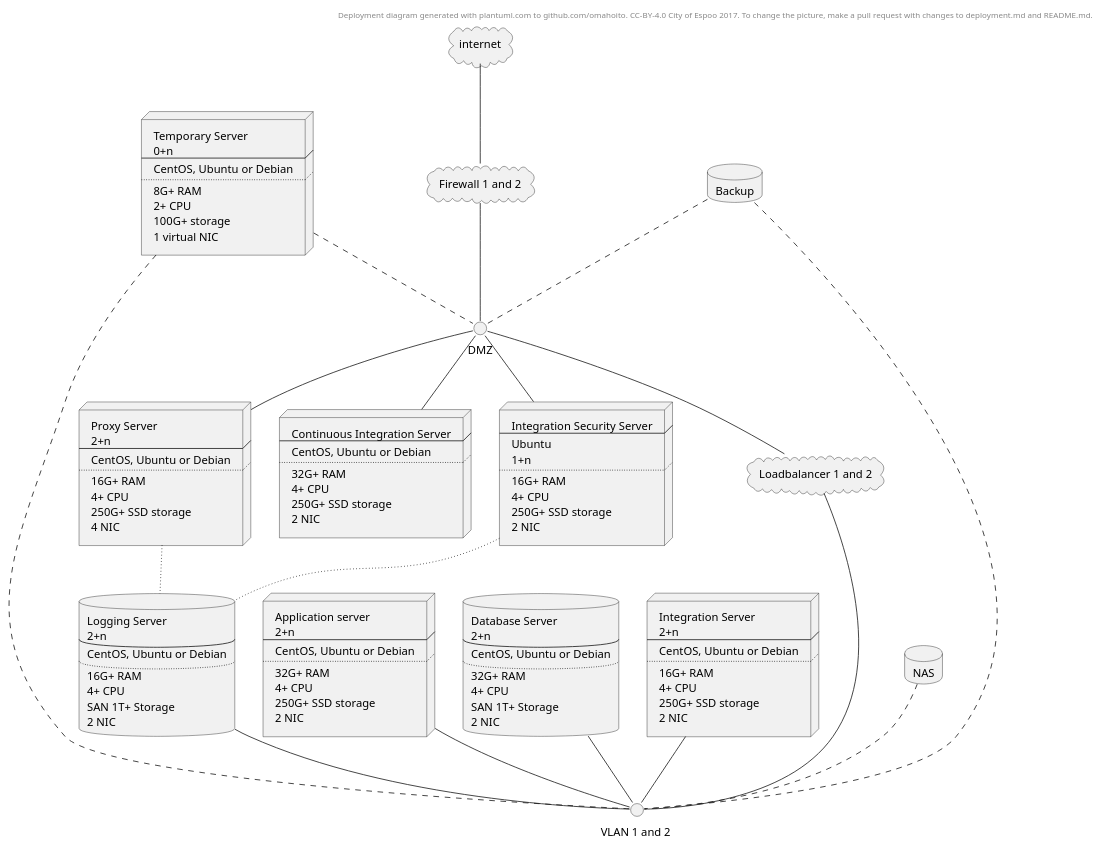
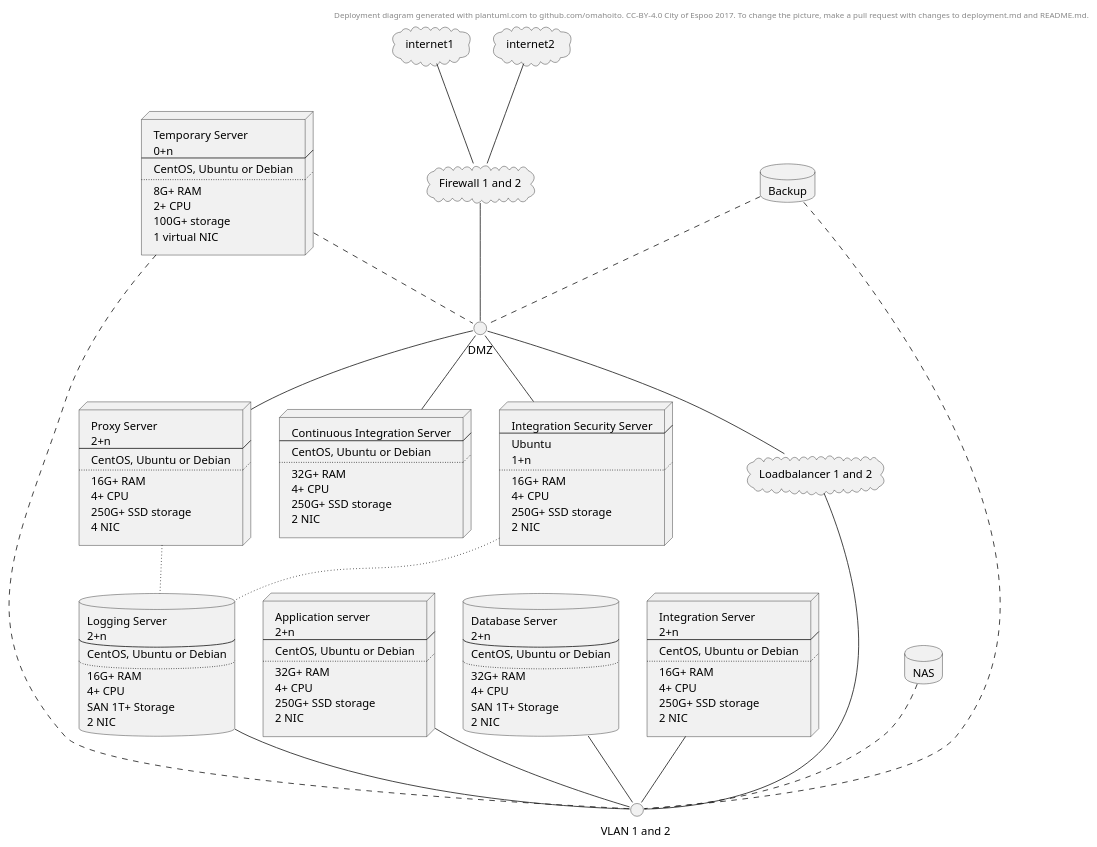
The diagram in deployment.md (ruoat/definitions), drawn with PlantUML before and after one commit.

```diff
--- a/deployment.md
+++ b/deployment.md
@@ -3,7 +3,8 @@
 Deployment diagram generated with plantuml.com to github.com/omahoito. CC-BY-4.0 City of Espoo 2017. To change the picture, make a pull request with changes to deployment.md and README.md.
 endheader
 
-cloud internet
+cloud internet1
+cloud internet2
 cloud firewall [ 
 Firewall 1 and 2
 ]
@@ -104,7 +105,8 @@
 database NAS
 database Backup
 
-internet -- firewall
+internet1 -- firewall
+internet2 -- firewall
 firewall -- DMZ 
 DMZ -- loadbalancer1 
 
```
